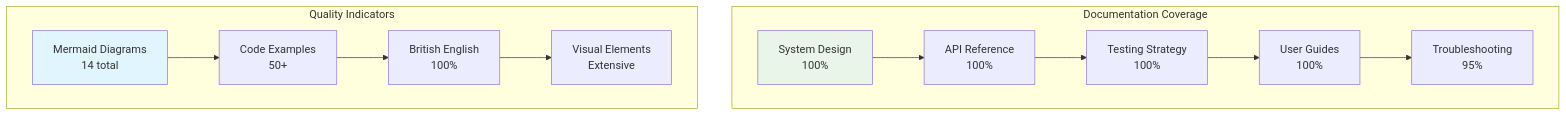
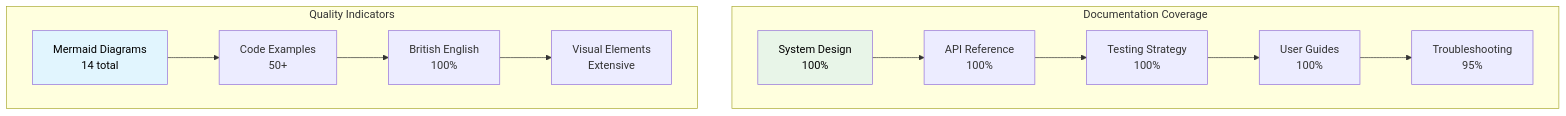
Diagram 11 of 12 in docs/COMPLETE-DOCUMENTATION-GUIDE.md (Interlaken0/temperature-plotter), drawn with Mermaid before and after one commit. The commit also changed other lines of this file and 8 other files, not shown here.

First line of the commit message:
Standardise Mermaid diagram text colour to black across all documentation

````diff
--- a/docs/COMPLETE-DOCUMENTATION-GUIDE.md
+++ b/docs/COMPLETE-DOCUMENTATION-GUIDE.md
@@ -470,18 +470,18 @@
 ```mermaid
 graph TB
     subgraph "Documentation Coverage"
         A[System Design<br/>100%] --> B[API Reference<br/>100%]
         B --> C[Testing Strategy<br/>100%]
         C --> D[User Guides<br/>100%]
         D --> E[Troubleshooting<br/>95%]
     end
     
     subgraph "Quality Indicators"
         F[Mermaid Diagrams<br/>14 total] --> G[Code Examples<br/>50+]
         G --> H[British English<br/>100%]
         H --> I[Visual Elements<br/>Extensive]
     end
     
-    style A fill:#e8f5e8
-    style F fill:#e1f5fe
+    style A fill:#e8f5e8,color:#000000
+    style F fill:#e1f5fe,color:#000000
 ```
````
